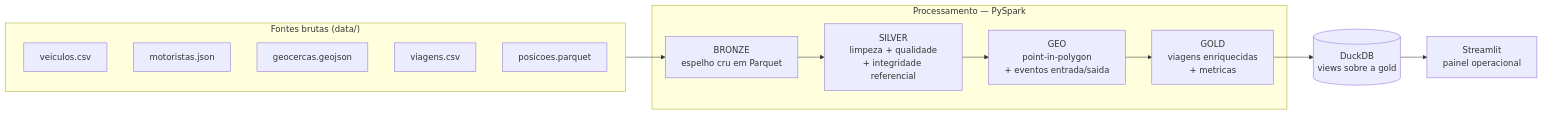
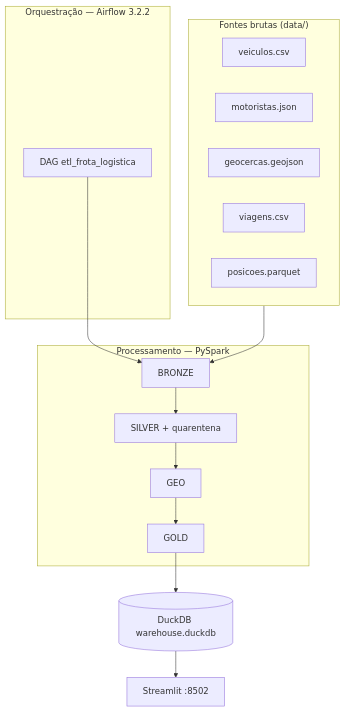
Before and after one commit to ruanhanani/teste-big-core: the diagram in README.md, drawn with Mermaid. The commit also changed other lines of this file, not shown here.

````diff
--- a/README.md
+++ b/README.md
@@ -15,22 +21,27 @@
 ```mermaid
-flowchart LR
+flowchart TB
     subgraph fontes["Fontes brutas (data/)"]
-        A1[veiculos.csv]
-        A2[motoristas.json]
-        A3[geocercas.geojson]
-        A4[viagens.csv]
-        A5[posicoes.parquet]
+        F1[veiculos.csv]
+        F2[motoristas.json]
+        F3[geocercas.geojson]
+        F4[viagens.csv]
+        F5[posicoes.parquet]
+    end
+
+    subgraph airflow["Orquestração — Airflow 3.2.2"]
+        DAG[DAG etl_frota_logistica]
     end
 
     subgraph spark["Processamento — PySpark"]
-        B["BRONZE\nespelho cru em Parquet"]
-        C["SILVER\nlimpeza + qualidade\n+ integridade referencial"]
-        D["GEO\npoint-in-polygon\n+ eventos entrada/saida"]
-        E["GOLD\nviagens enriquecidas\n+ metricas"]
+        B[BRONZE]
+        S[SILVER + quarentena]
+        G[GEO]
+        GL[GOLD]
     end
 
-    F[("DuckDB\nviews sobre a gold")]
-    G["Streamlit\npainel operacional"]
+    LH[(DuckDB warehouse.duckdb)]
+    DASH[Streamlit :8502]
 
-    fontes --> B --> C --> D --> E --> F --> G
+    fontes --> B
+    DAG --> B --> S --> G --> GL --> LH --> DASH
 ```
````
